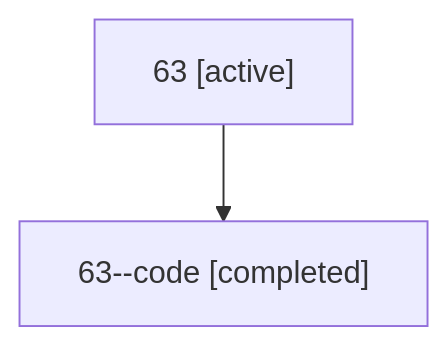
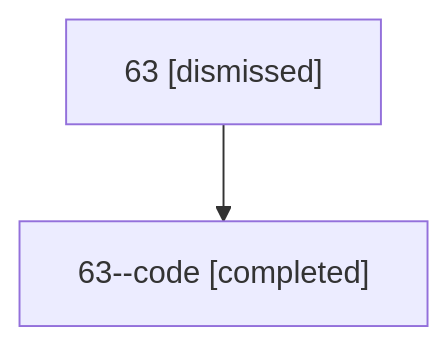
One commit to sase-org/sase--agents changed the diagram in sessions/bbugyi200.athena.63.md. Above: the diagram before and after it, drawn with Mermaid. The commit also changed other lines of this file and 18 other files, not shown here.

````diff
--- a/sessions/bbugyi200.athena.63.md
+++ b/sessions/bbugyi200.athena.63.md
@@ -9,6 +9,6 @@
 ```mermaid
 flowchart TD
-  n0["63 [active]"]
+  n0["63 [dismissed]"]
   n1["63--code [completed]"]
   n0 --> n1
 ```
````
